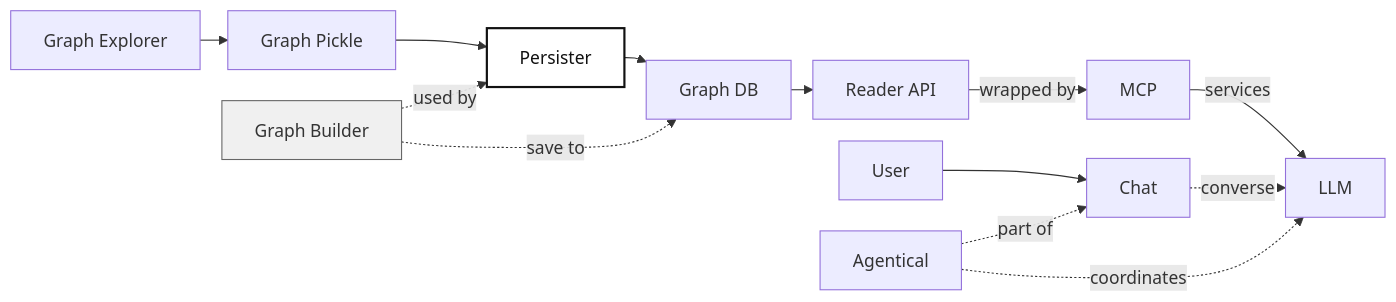
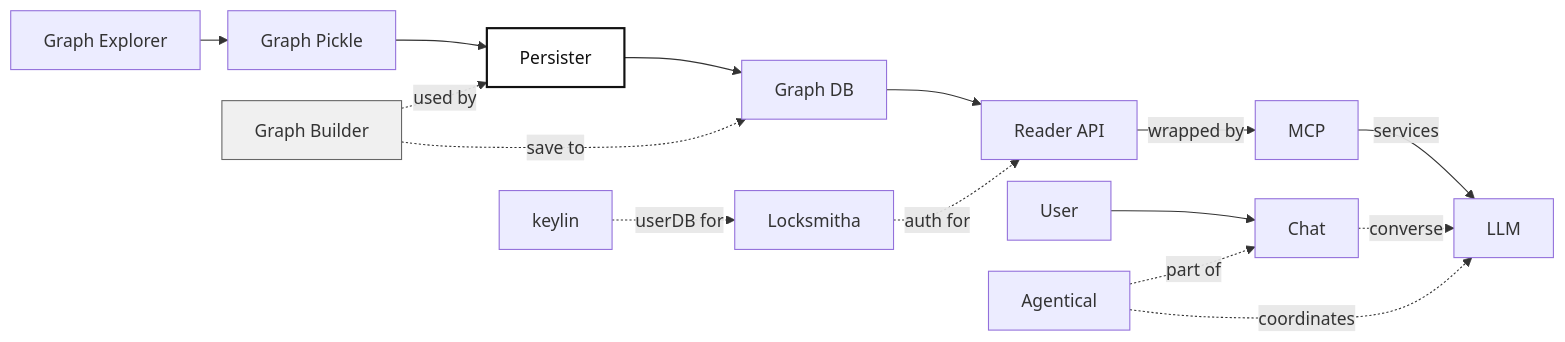
Before and after one commit to beanone/graph_persister: the diagram in README.md, drawn with Mermaid.

````diff
--- a/README.md
+++ b/README.md
@@ -11,20 +11,22 @@
 ```mermaid
 %%{init: {'flowchart': {'nodeSpacing': 20, 'rankSpacing': 20}} }%%
 flowchart LR
     A[Graph Explorer] --> H[Graph Pickle]
     H --> B[Persister]
     B --> C[Graph DB]
     C --> D[Reader API]
     D -->|wrapped by| E[MCP]
     E -->|services| L[LLM]
 
     G[Graph Builder] -.->|used by| B
     G -.->|save to| C
     User --> T[Chat]
     F[Agentical] -.->|part of| T
     T -.->|converse| L
-    F -.->|coordinates| L    
+    F -.->|coordinates| L
+    M[Locksmitha] -.->|auth for| D
+    N[keylin] -.->|userDB for| M
 
     style B fill:#fff,stroke:#111,stroke-width:2px,color:#111
     style G fill:#f0f0f0,stroke:#666,stroke-width:1px,color:#333
 ```
````
